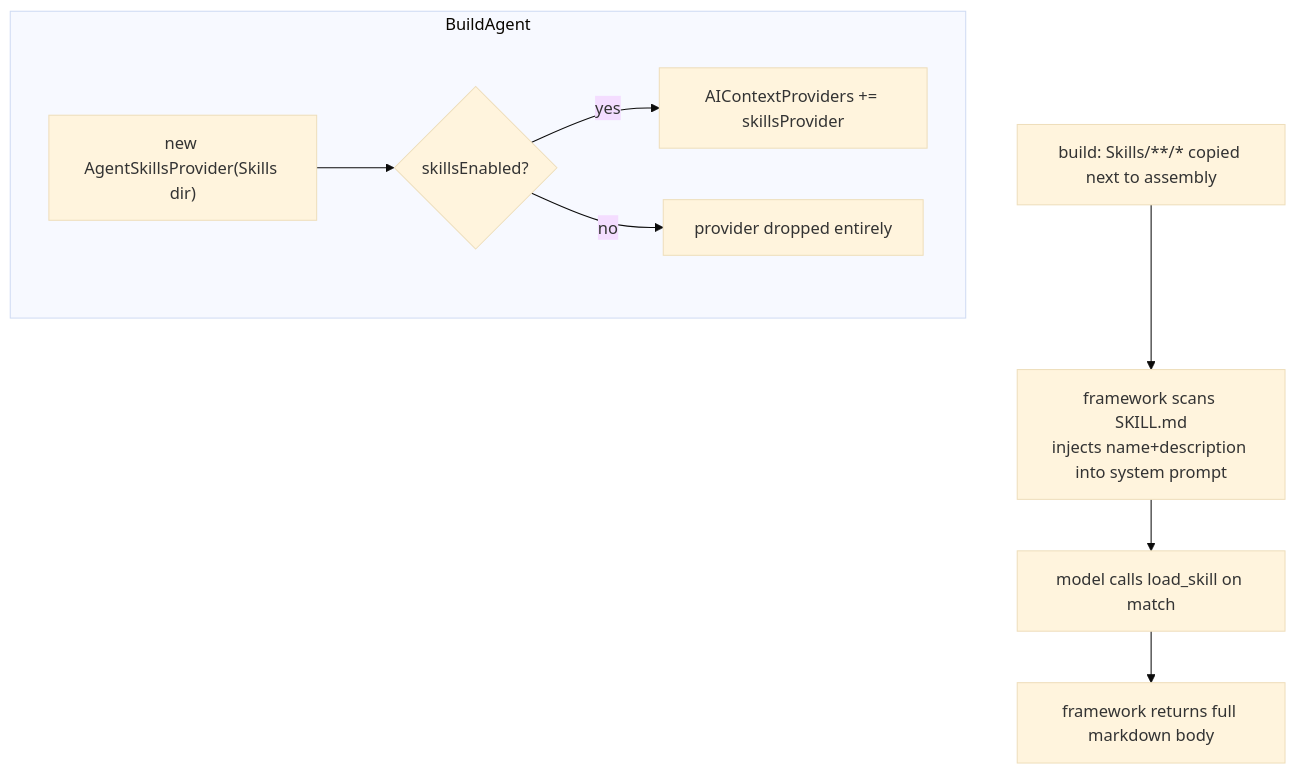
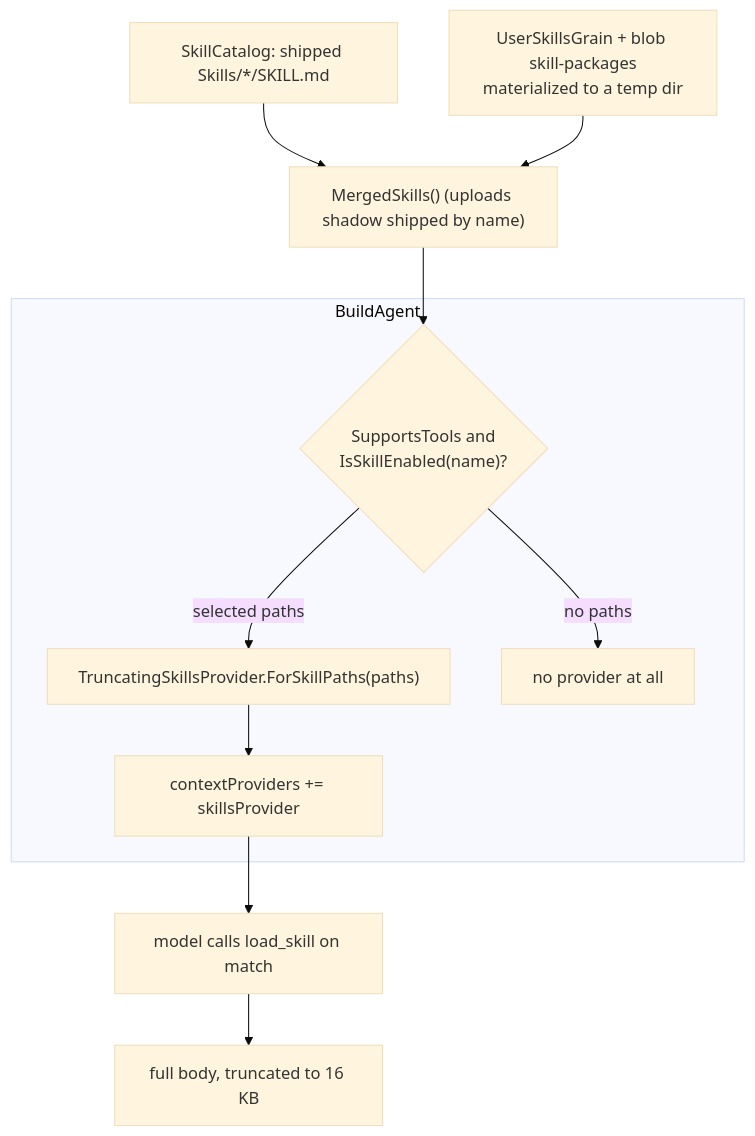
The diagram in docs/features/skills.md (Expecho/Agent42), drawn with Mermaid (base theme) before and after one commit. The commit also changed other lines of this file and 21 other files, not shown here.

````diff
--- a/docs/features/skills.md
+++ b/docs/features/skills.md
@@ -19,11 +25,12 @@
 ```mermaid
 flowchart TD
-    BUILD["build: Skills/**/* copied next to assembly"] --> DISCO
+    SHIP["SkillCatalog: shipped Skills/*/SKILL.md"] --> MERGE
+    UP["UserSkillsGrain + blob skill-packages<br/>materialized to a temp dir"] --> MERGE
+    MERGE["MergedSkills() (uploads shadow shipped by name)"] --> SEL
     subgraph BuildAgent
-      CONSTRUCT["new AgentSkillsProvider(Skills dir)"] --> GATE{skillsEnabled?}
-      GATE -->|yes| REG["AIContextProviders += skillsProvider"]
-      GATE -->|no| DROP["provider dropped entirely"]
+      SEL{"SupportsTools and<br/>IsSkillEnabled(name)?"} -->|"selected paths"| CONSTRUCT
+      CONSTRUCT["TruncatingSkillsProvider.ForSkillPaths(paths)"] --> REG["contextProviders += skillsProvider"]
+      SEL -->|"no paths"| DROP["no provider at all"]
     end
-    DISCO["framework scans SKILL.md<br/>injects name+description into system prompt"] --> LOAD
-    LOAD["model calls load_skill on match"] --> BODY["framework returns full markdown body"]
+    REG --> LOAD["model calls load_skill on match"] --> BODY["full body, truncated to 16 KB"]
 ```
````
